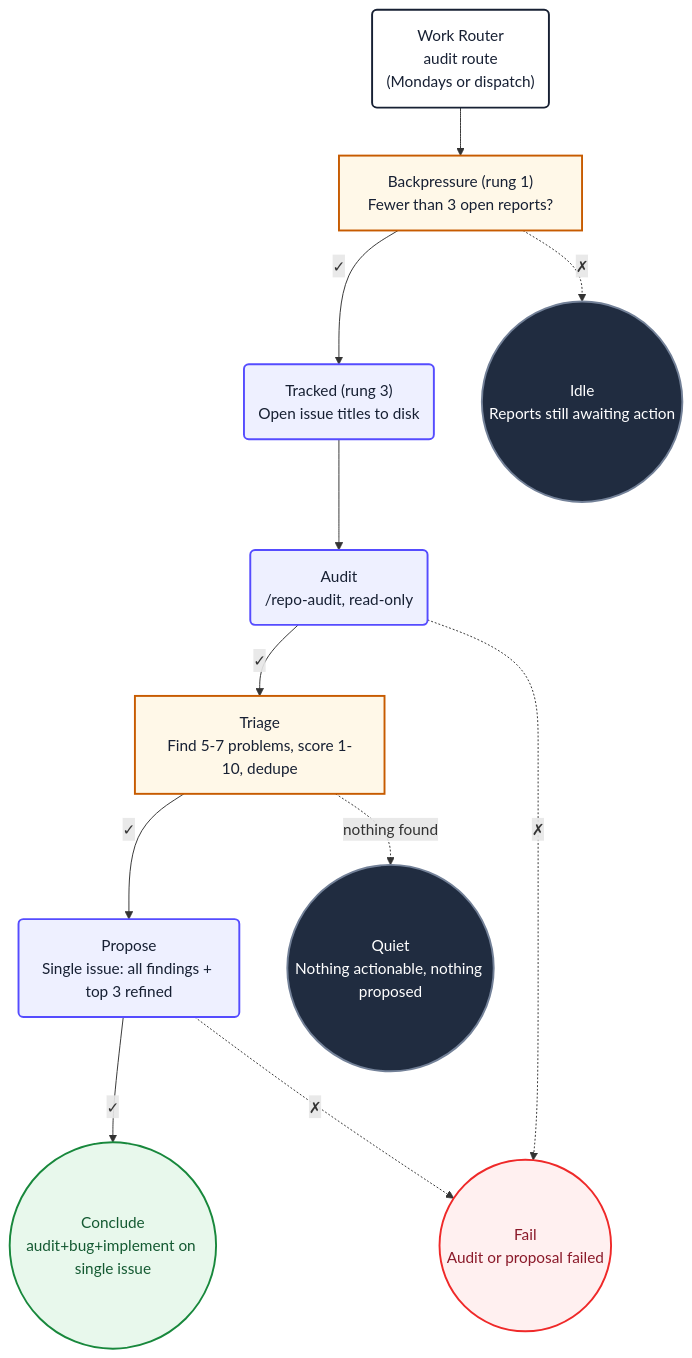
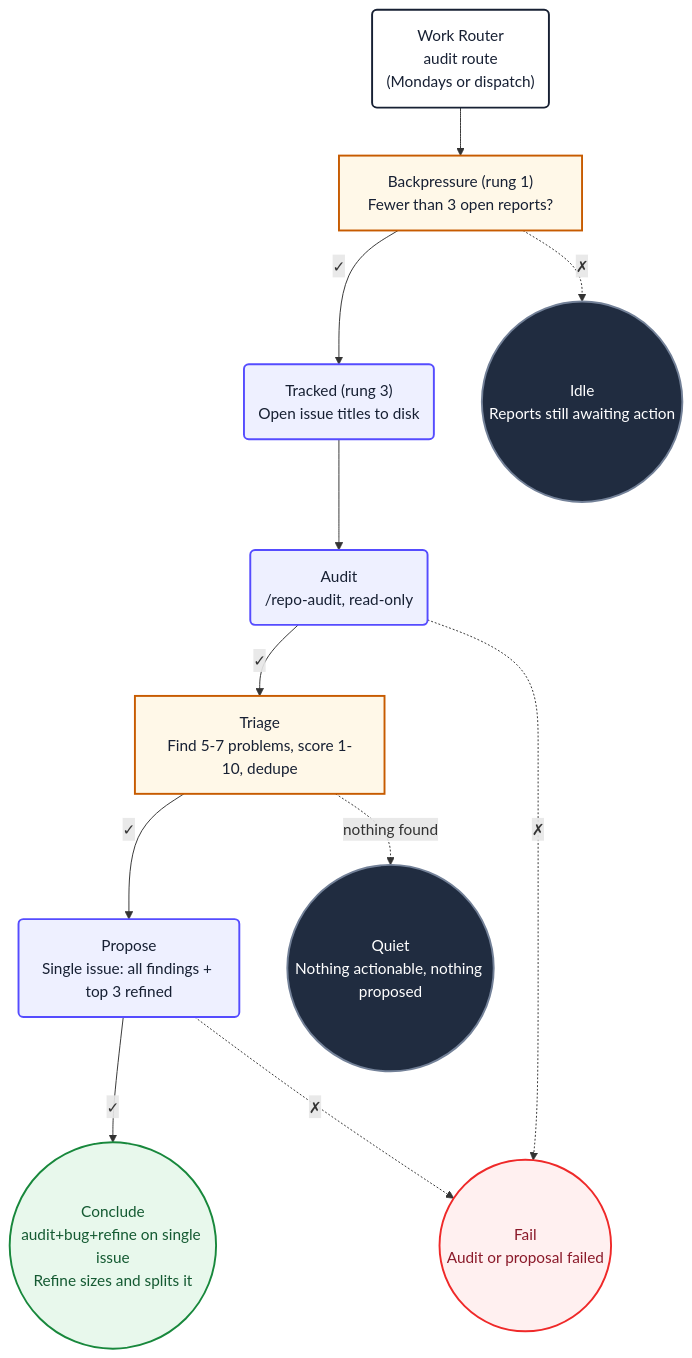
The diagram in loops/workflows/agent-audit.md (PlainConceptsPlatform/agentic-workflows), drawn with Mermaid before and after one commit. The commit also changed other lines of this file, not shown here.

First line of the commit message:
feat(audit): file findings through Refine, and stop re-reporting rejected ones

````diff
--- a/loops/workflows/agent-audit.md
+++ b/loops/workflows/agent-audit.md
@@ -169,29 +188,29 @@
 ```mermaid
 flowchart TD
     auditStart("Work Router<br/>audit route<br/>(Mondays or dispatch)") --> auditBackpressure
     auditBackpressure["Backpressure (rung 1)<br/>Fewer than 3 open reports?"] -->|✓| auditTracked
     auditBackpressure -.->|✗| auditIdle
     auditTracked("Tracked (rung 3)<br/>Open issue titles to disk") --> auditRun
     auditRun("Audit<br/>/repo-audit, read-only") -->|✓| auditTriage
     auditRun -.->|✗| auditFail
     auditTriage["Triage<br/>Find 5-7 problems, score 1-10, dedupe"] -->|✓| auditPropose
     auditTriage -.->|nothing found| auditQuiet
     auditPropose("Propose<br/>Single issue: all findings + top 3 refined") -->|✓| auditReport
     auditPropose -.->|✗| auditFail
-    auditReport(("Conclude<br/>audit+bug+implement on single issue"))
+    auditReport(("Conclude<br/>audit+bug+refine on single issue<br/>Refine sizes and splits it"))
     auditQuiet(("Quiet<br/>Nothing actionable, nothing proposed"))
     auditIdle(("Idle<br/>Reports still awaiting action"))
     auditFail(("Fail<br/>Audit or proposal failed"))
     classDef start fill:#ffffff,stroke:#172033,stroke-width:2px,color:#172033
     classDef action fill:#eef0ff,stroke:#554cff,stroke-width:2px,color:#172033
     classDef decision fill:#fff8e8,stroke:#c75b00,stroke-width:2px,color:#172033
     classDef idle fill:#202c40,stroke:#738198,stroke-width:2px,color:#ffffff
     classDef failure fill:#fff0f0,stroke:#ef2929,stroke-width:2px,color:#8b1a2a
     classDef success fill:#e8f8ec,stroke:#18883c,stroke-width:2px,color:#145a32
     class auditStart start
     class auditTracked,auditRun,auditPropose action
     class auditBackpressure,auditTriage decision
     class auditQuiet,auditIdle idle
     class auditFail failure
     class auditReport success
 ```
````
